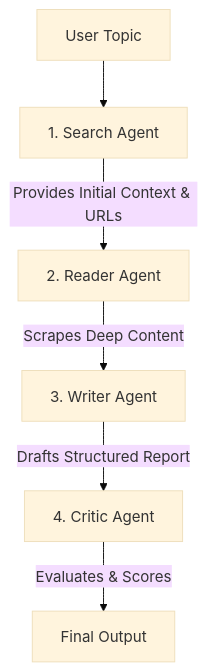
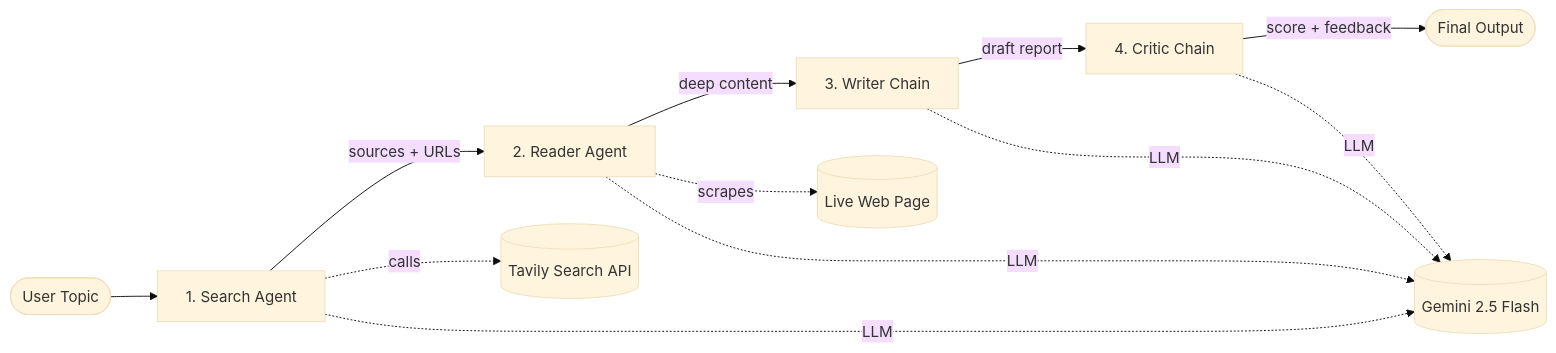
One commit to tygopal45/Deep_Research_Agent_Langchain changed the diagram in README.md. Above: the diagram before and after it, drawn with Mermaid (base theme). The commit also changed other lines of this file, not shown here.

First line of the commit message:
docs: rewrite README with clearer architecture, setup, and roadmap

````diff
--- a/README.md
+++ b/README.md
@@ -25,8 +56,12 @@
 ```mermaid
-graph TD
-    A[User Topic] --> B[1. Search Agent]
-    B -->|Provides Initial Context & URLs| C[2. Reader Agent]
-    C -->|Scrapes Deep Content| D[3. Writer Agent]
-    D -->|Drafts Structured Report| E[4. Critic Agent]
-    E -->|Evaluates & Scores| F[Final Output]
+graph LR
+    A([User Topic]) --> B[1. Search Agent]
+    B -->|sources + URLs| C[2. Reader Agent]
+    C -->|deep content| D[3. Writer Chain]
+    D -->|draft report| E[4. Critic Chain]
+    E -->|score + feedback| F([Final Output])
+
+    B -.calls.-> T1[(Tavily Search API)]
+    C -.scrapes.-> T2[(Live Web Page)]
+    B & C & D & E -.LLM.-> G[(Gemini 2.5 Flash)]
 ```
````
